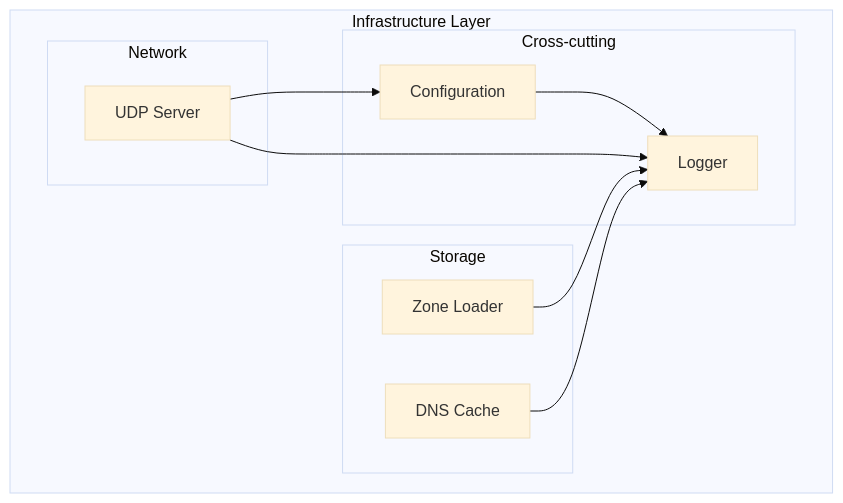
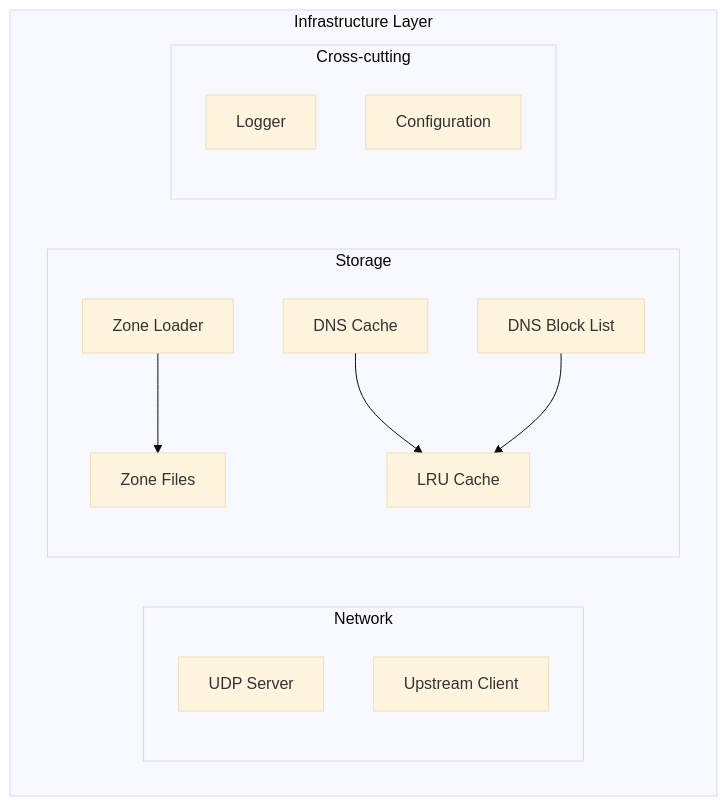
Before and after one commit to haukened/rr-dns: the sixth of 9 diagrams in docs/arc42.md, drawn with Mermaid (base theme). The commit also changed other lines of this file, not shown here.

Commit message:
enhance documentation: update arc42.md to include DNS block list and upstream resolver details

````diff
--- a/docs/arc42.md
+++ b/docs/arc42.md
@@ -195,24 +227,23 @@
 ```mermaid
 graph TD
     subgraph "Infrastructure Layer"
         subgraph "Network"
-            UDP[UDP Server]
+            direction TB
+            udp[UDP Server]
+            udpclient[Upstream Client]
         end
         
         subgraph "Storage"
-            ZoneLoader[Zone Loader]
-            DNSCache[DNS Cache]
+            direction TB
+            ZoneLoader[Zone Loader] --> ZoneFiles[Zone Files]
+            DNSCache[DNS Cache] --> lru[LRU Cache]
+            BlockList[DNS Block List] --> lru
         end
         
         subgraph "Cross-cutting"
+            direction TB
             Logger[Logger]
             Config[Configuration]
         end
     end
-    
-    UDP --> Config
-    UDP --> Logger
-    ZoneLoader --> Logger
-    DNSCache --> Logger
-    Config --> Logger
 ```
````
